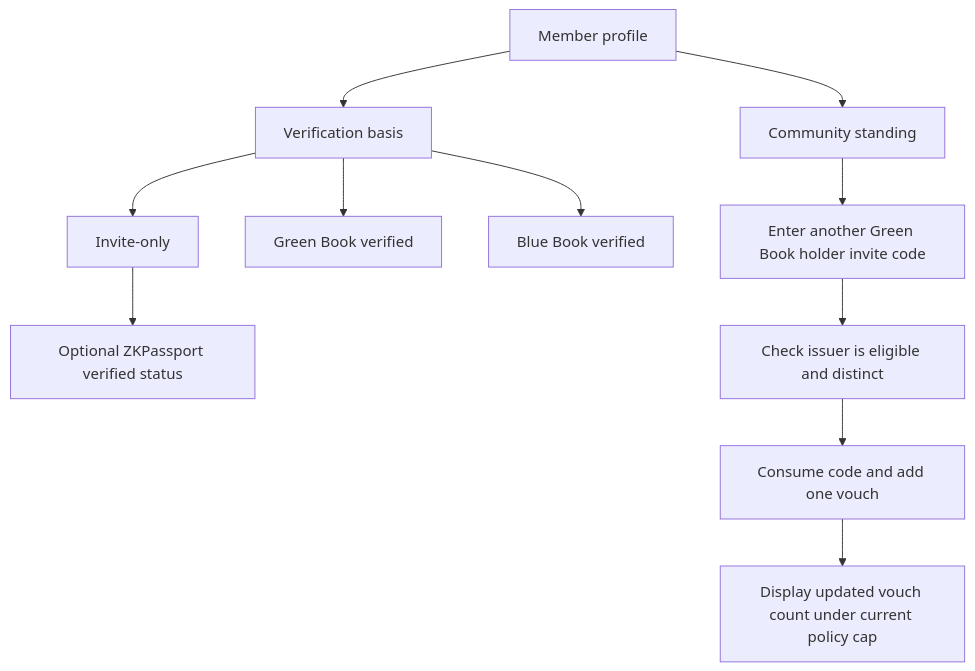
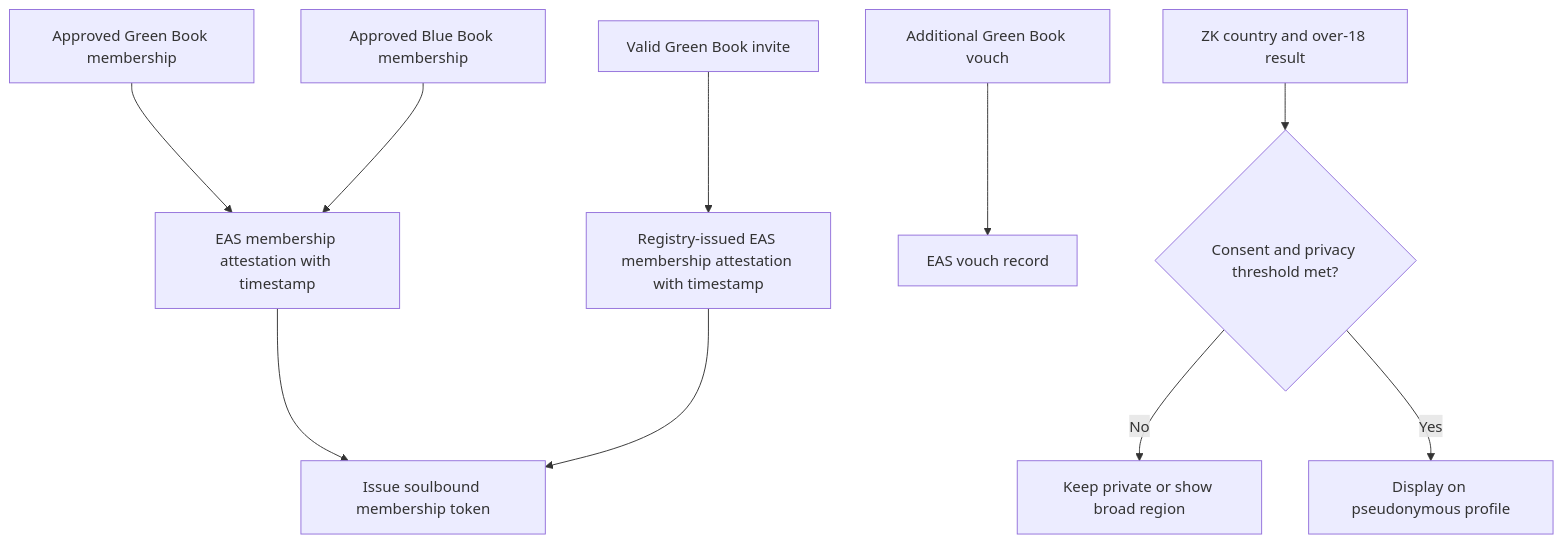
The sixth of 7 diagrams in README.md (AlexJupiter/tibetan-id), drawn with Mermaid before and after one commit. The commit also changed other lines of this file, not shown here.

Commit message:
Simplify architecture and lead with flows

````diff
--- a/README.md
+++ b/README.md
@@ -229,15 +180,12 @@
 ```mermaid
 flowchart TD
-    A[Member profile] --> B[Verification basis]
-    A --> C[Community standing]
-
-    B --> D[Invite-only]
-    B --> E[Green Book verified]
-    B --> F[Blue Book verified]
-    D --> X[Optional ZKPassport verified status]
-
-    C --> G[Enter another Green Book holder invite code]
-    G --> H[Check issuer is eligible and distinct]
-    H --> I[Consume code and add one vouch]
-    I --> J[Display updated vouch count under current policy cap]
+    A[Approved Green Book membership] --> D[EAS membership attestation with timestamp]
+    B[Approved Blue Book membership] --> D
+    C[Valid Green Book invite] --> E[Registry-issued EAS membership attestation with timestamp]
+    D --> F[Issue soulbound membership token]
+    E --> F
+    G[Additional Green Book vouch] --> H[EAS vouch record]
+    I[ZK country and over-18 result] --> J{Consent and privacy threshold met?}
+    J -->|No| K[Keep private or show broad region]
+    J -->|Yes| L[Display on pseudonymous profile]
 ```
````
